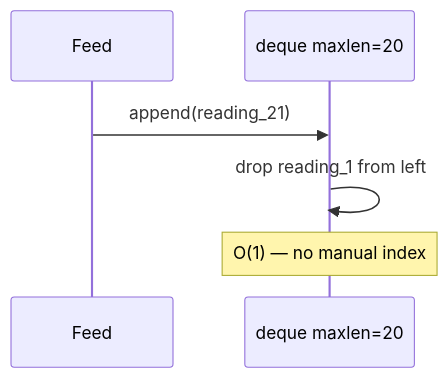
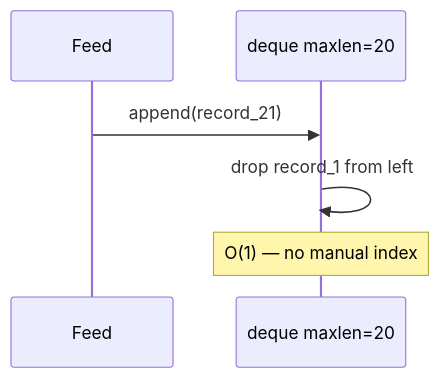
One commit to qgjones9/python-programming-guide changed the sixth of 7 diagrams in docs/dsa/data-structures/dequeue-deque/index.md. Above: the diagram before and after it, drawn with Mermaid. The commit also changed other lines of this file and 31 other files, not shown here.

````diff
--- a/docs/dsa/data-structures/dequeue-deque/index.md
+++ b/docs/dsa/data-structures/dequeue-deque/index.md
@@ -549,8 +549,8 @@
 ```mermaid
 sequenceDiagram
-  participant Feed
-  participant D as deque maxlen=20
-  Feed->>D: append(reading_21)
-  D->>D: drop reading_1 from left
-  Note over D: O(1) — no manual index
+ participant Feed
+ participant D as deque maxlen=20
+ Feed->>D: append(record_21)
+ D->>D: drop record_1 from left
+ Note over D: O(1) — no manual index
 ```
````
